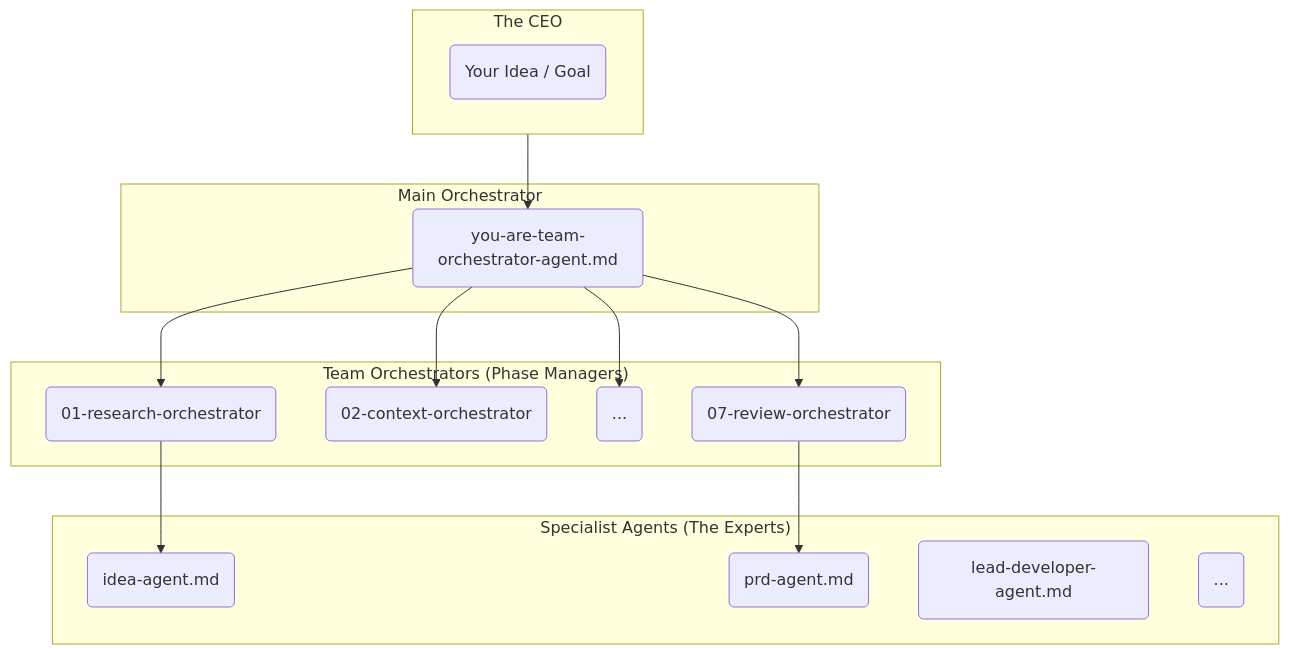
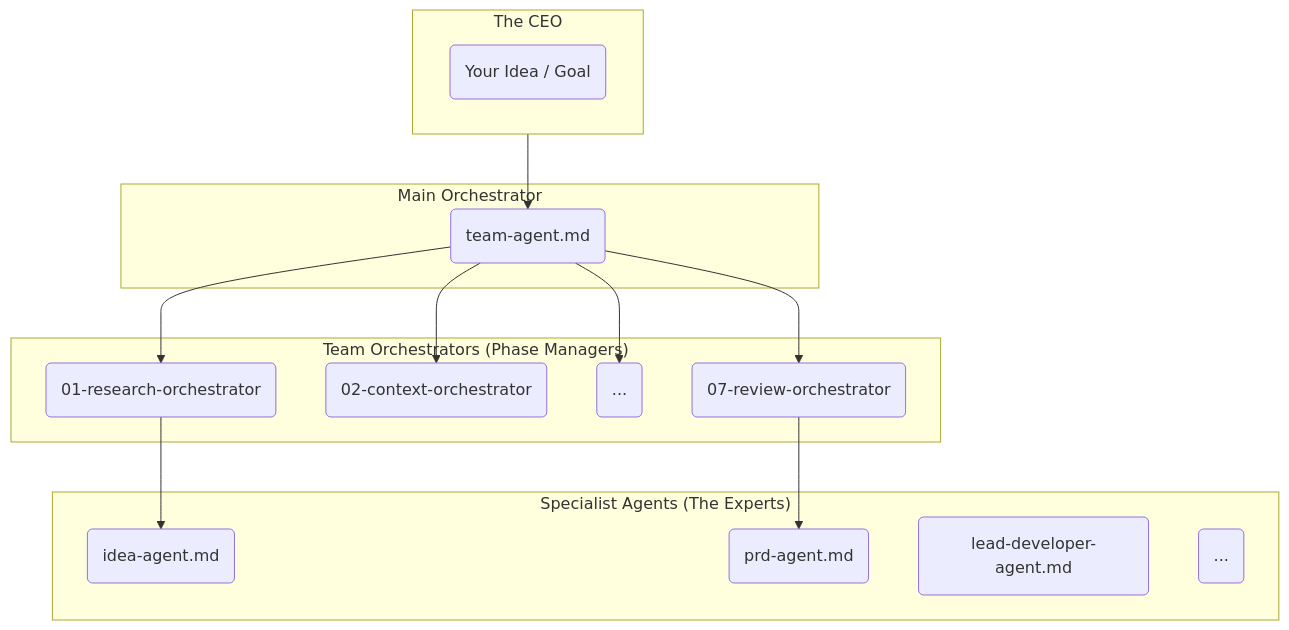
Before and after one commit to its-brianwithai/pew-pew-plx: the first of 2 diagrams in README.md, drawn with Mermaid. The commit also changed other lines of this file and 113 other files, not shown here.

````diff
--- a/README.md
+++ b/README.md
@@ -26,30 +26,30 @@
 ```mermaid
 graph TD
     subgraph You [The CEO]
         direction LR
         A(Your Idea / Goal)
     end
 
     subgraph "Main Orchestrator"
-        B(you-are-team-orchestrator-agent.md)
+        B(team-agent.md)
     end
 
     subgraph "Team Orchestrators (Phase Managers)"
         C(01-research-orchestrator)
         D(02-context-orchestrator)
         E(...)
         F(07-review-orchestrator)
     end
 
     subgraph "Specialist Agents (The Experts)"
         G(idea-agent.md)
         H(prd-agent.md)
         I(lead-developer-agent.md)
         J(...)
     end
 
     A --> B;
     B --> C & D & E & F;
     C --> G;
     F --> H;
 ```
````
